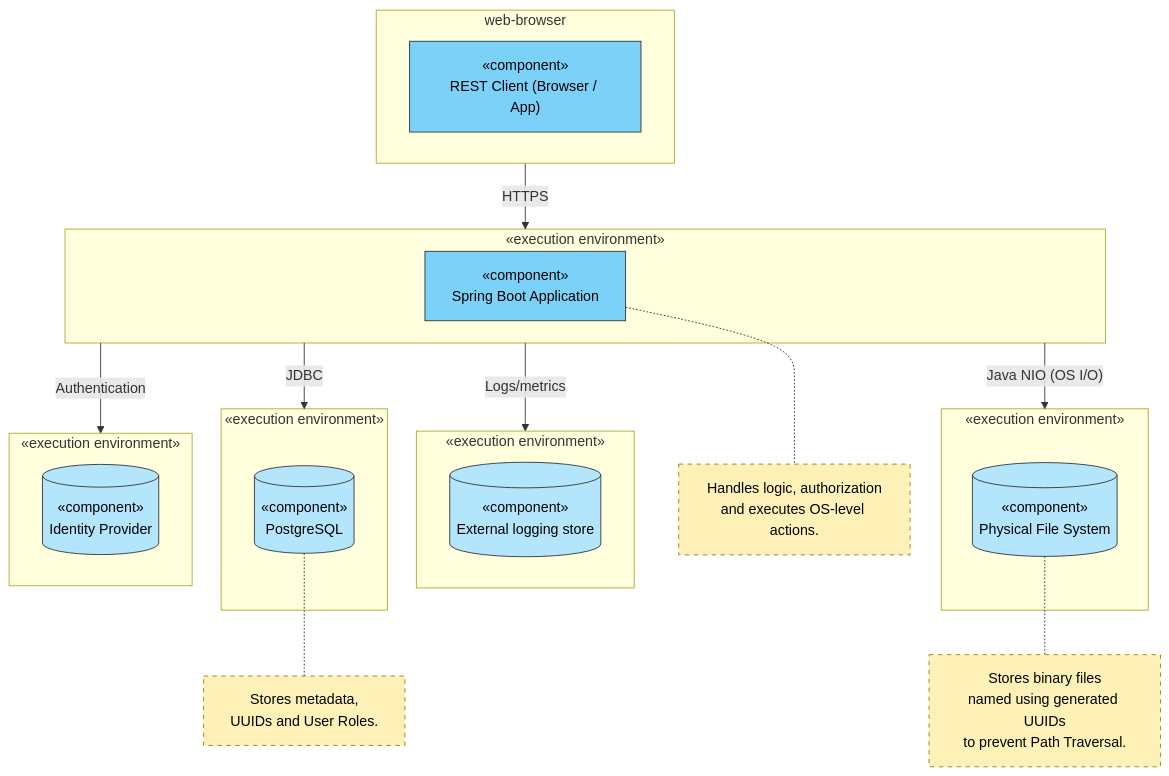
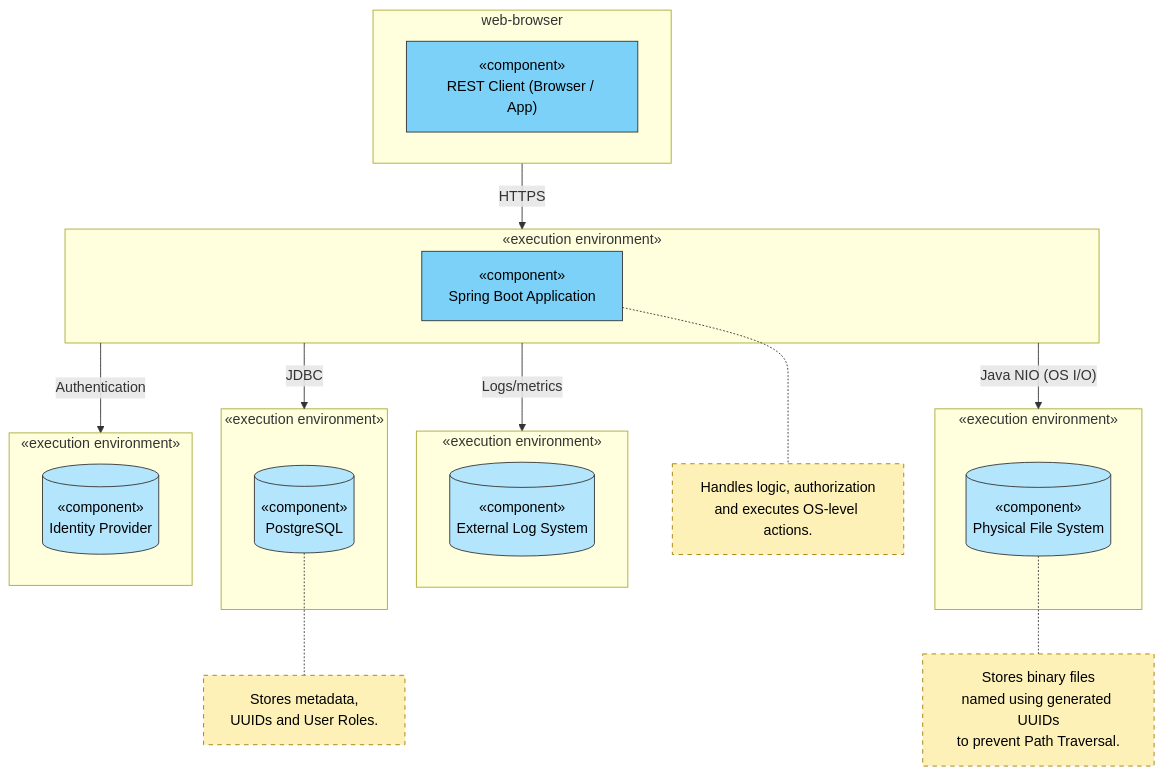
The diagram in Deliverables/Phase1/Architecture_Diagram.mmd (mei-desofs/desofs2026-wed_nap_3), drawn with Mermaid before and after one commit.

```diff
--- a/Deliverables/Phase1/Architecture_Diagram.mmd
+++ b/Deliverables/Phase1/Architecture_Diagram.mmd
@@ -1,46 +1,46 @@
 flowchart TD
     classDef comp fill:#7cd1f9,stroke:#333,stroke-width:1px,color:#000
     classDef store fill:#b3e5fc,stroke:#333,stroke-width:1px,color:#000
     classDef note fill:#fdf1b8,stroke:#a67c00,stroke-width:1px,color:#000,stroke-dasharray: 5 5
 
     subgraph ClientZone ["web-browser"]
         Client["«component»<br/>REST Client (Browser / App)"]
     end
 
     subgraph AppZone ["«execution environment»"]
         API["«component»<br/>Spring Boot Application"]
     end
 
     subgraph ELKZone ["«execution environment»"]
-        ELK[("«component»<br/>External logging store")]
+        ELK[("«component»<br/>External Log System")]
     end
 
     subgraph DBZone ["«execution environment»"]
         DB[("«component»<br/>PostgreSQL")]
     end
 
     subgraph OSZone ["«execution environment»"]
         Disk[("«component»<br/>Physical File System")]
     end
 
     subgraph AuthZone ["«execution environment»"]
         Idp[("«component»<br/>Identity Provider")]
     end
 
     ClientZone-- "HTTPS" --> AppZone
     AppZone -- "JDBC" --> DBZone
     AppZone -- "Java NIO (OS I/O)" --> OSZone
     AppZone -- "Logs/metrics" --> ELKZone
     AppZone -- "Authentication" --> AuthZone
 
     NoteAPI["Handles logic, authorization<br/>and executes OS-level actions."]
     NoteDB["Stores metadata,<br/>UUIDs and User Roles."]
     NoteDisk["Stores binary files<br/>named using generated UUIDs<br/>to prevent Path Traversal."]
 
     API -.- NoteAPI
     DB -.- NoteDB
     Disk -.- NoteDisk
 
     class Client,API comp
     class DB,Disk,ELK,Idp store
     class NoteAPI,NoteDB,NoteDisk note
```
